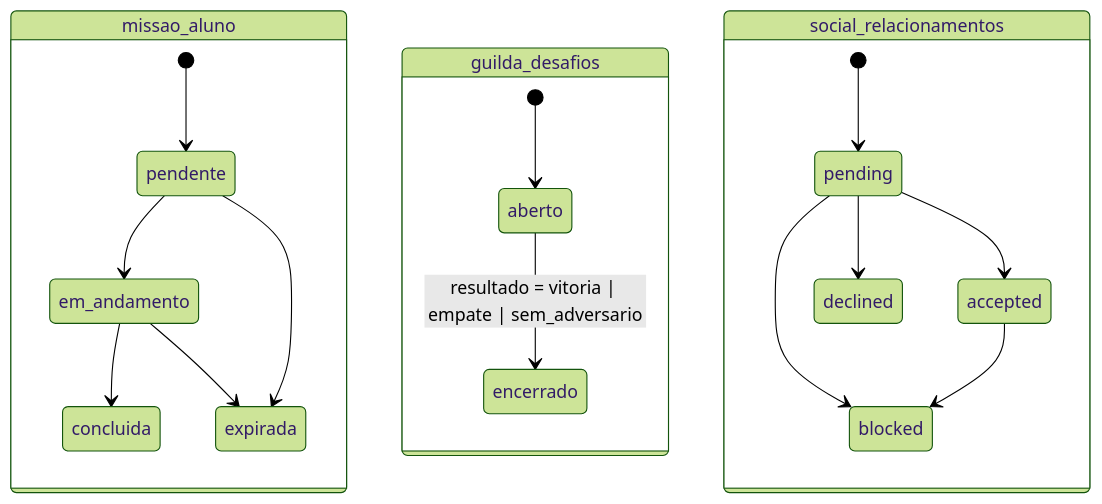
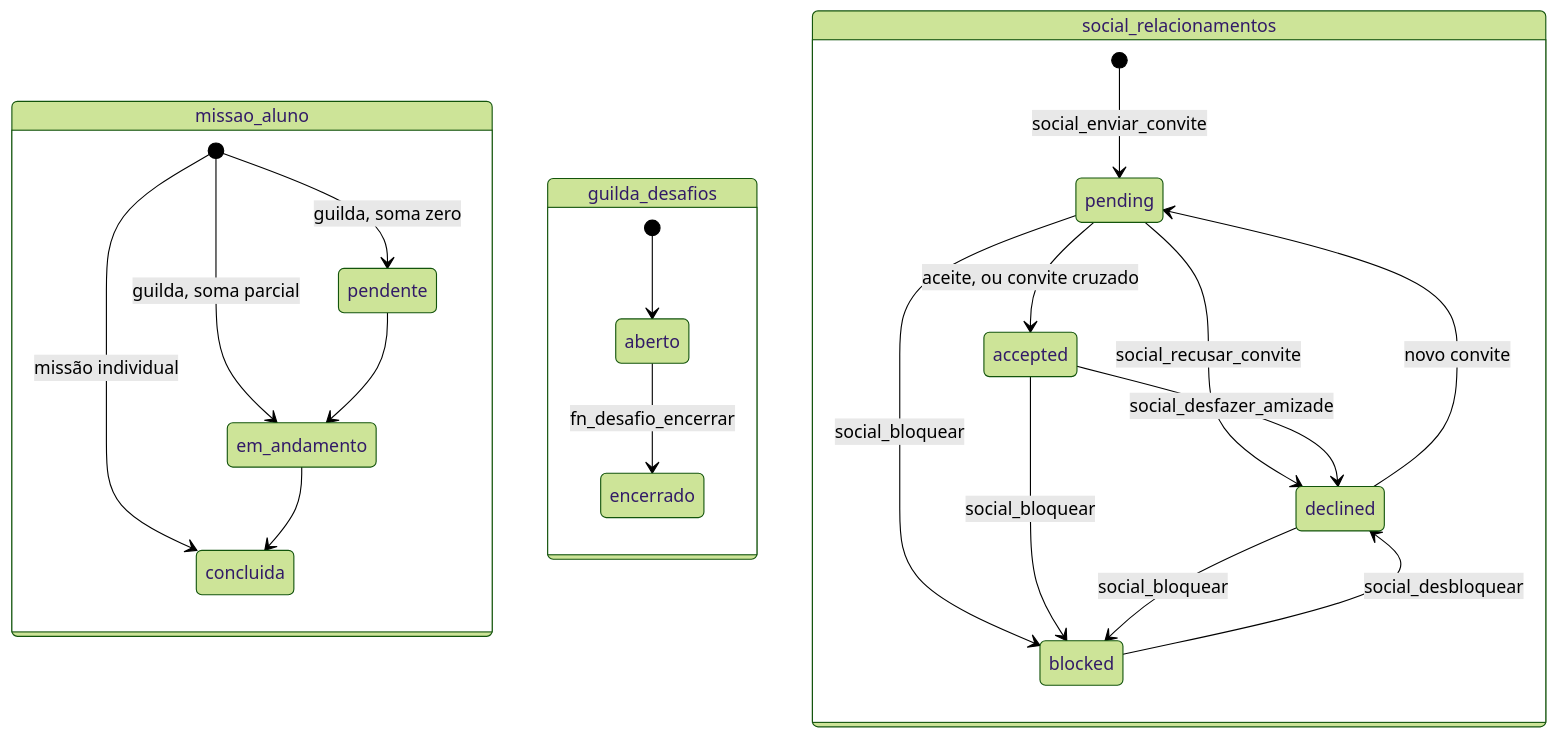
Before and after one commit to Geisbelly/TrailUp: the eighth of 15 diagrams in docs/tcc/modelagem/06-estados.md, drawn with Mermaid (forest theme). The commit also changed other lines of this file and 69 other files, not shown here.

````diff
--- a/docs/tcc/modelagem/06-estados.md
+++ b/docs/tcc/modelagem/06-estados.md
@@ -134,21 +136,25 @@
 ```mermaid
 stateDiagram-v2
   state "missao_aluno" as M {
-    [*] --> pendente
+    [*] --> pendente: guilda, soma zero
+    [*] --> em_andamento: guilda, soma parcial
+    [*] --> concluida: missão individual
     pendente --> em_andamento
     em_andamento --> concluida
-    pendente --> expirada
-    em_andamento --> expirada
   }
   state "guilda_desafios" as D {
     [*] --> aberto
-    aberto --> encerrado: resultado = vitoria | empate | sem_adversario
+    aberto --> encerrado: fn_desafio_encerrar
   }
   state "social_relacionamentos" as S {
-    [*] --> pending
-    pending --> accepted
-    pending --> declined
-    pending --> blocked
-    accepted --> blocked
+    [*] --> pending: social_enviar_convite
+    pending --> accepted: aceite, ou convite cruzado
+    pending --> declined: social_recusar_convite
+    accepted --> declined: social_desfazer_amizade
+    declined --> pending: novo convite
+    pending --> blocked: social_bloquear
+    accepted --> blocked: social_bloquear
+    declined --> blocked: social_bloquear
+    blocked --> declined: social_desbloquear
   }
 ```
````
